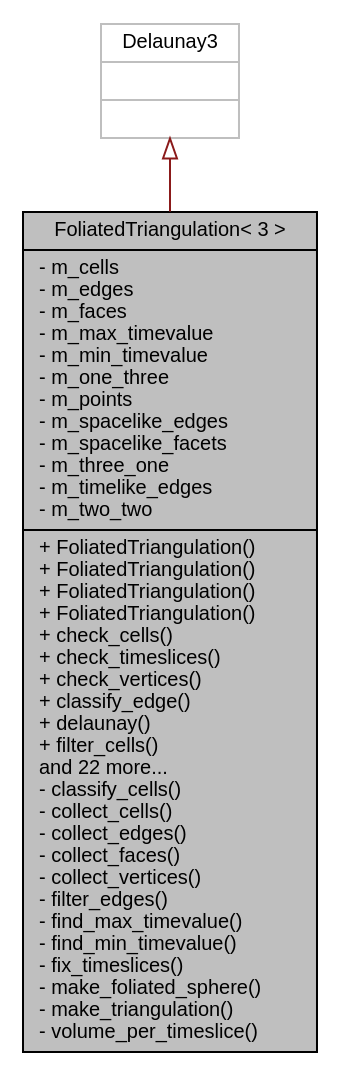
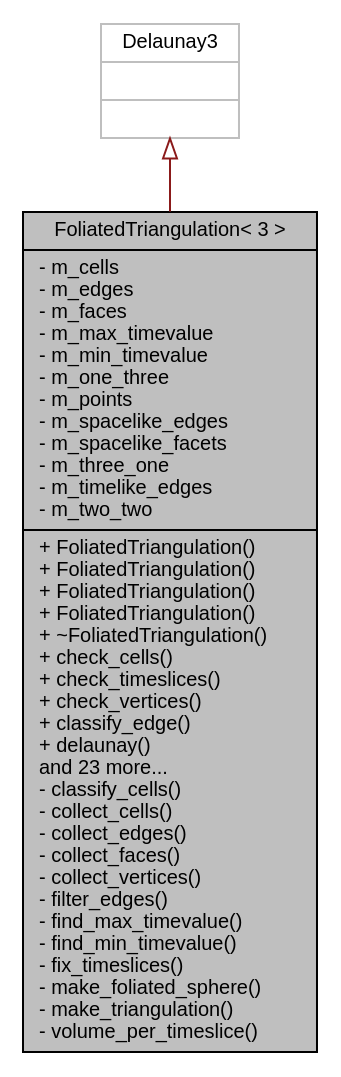
Before and after one commit to acgetchell/CDT-plusplus: the diagram in class_foliated_triangulation_3_013_01_4__inherit__graph.dot, drawn with Graphviz. The commit also changed 250 other files, not shown here.

```diff
--- a/class_foliated_triangulation_3_013_01_4__inherit__graph.dot
+++ b/class_foliated_triangulation_3_013_01_4__inherit__graph.dot
@@ -1,9 +1,9 @@
 digraph "FoliatedTriangulation&lt; 3 &gt;"
 {
  // LATEX_PDF_SIZE
   edge [fontname="Helvetica",fontsize="10",labelfontname="Helvetica",labelfontsize="10"];
   node [fontname="Helvetica",fontsize="10",shape=record];
-  Node1 [label="{FoliatedTriangulation\< 3 \>\n|- m_cells\l- m_edges\l- m_faces\l- m_max_timevalue\l- m_min_timevalue\l- m_one_three\l- m_points\l- m_spacelike_edges\l- m_spacelike_facets\l- m_three_one\l- m_timelike_edges\l- m_two_two\l|+ FoliatedTriangulation()\l+ FoliatedTriangulation()\l+ FoliatedTriangulation()\l+ FoliatedTriangulation()\l+ check_cells()\l+ check_timeslices()\l+ check_vertices()\l+ classify_edge()\l+ delaunay()\l+ filter_cells()\land 22 more...\l- classify_cells()\l- collect_cells()\l- collect_edges()\l- collect_faces()\l- collect_vertices()\l- filter_edges()\l- find_max_timevalue()\l- find_min_timevalue()\l- fix_timeslices()\l- make_foliated_sphere()\l- make_triangulation()\l- volume_per_timeslice()\l}",height=0.2,width=0.4,color="black", fillcolor="grey75", style="filled", fontcolor="black",tooltip="3D Triangulation"];
+  Node1 [label="{FoliatedTriangulation\< 3 \>\n|- m_cells\l- m_edges\l- m_faces\l- m_max_timevalue\l- m_min_timevalue\l- m_one_three\l- m_points\l- m_spacelike_edges\l- m_spacelike_facets\l- m_three_one\l- m_timelike_edges\l- m_two_two\l|+ FoliatedTriangulation()\l+ FoliatedTriangulation()\l+ FoliatedTriangulation()\l+ FoliatedTriangulation()\l+ ~FoliatedTriangulation()\l+ check_cells()\l+ check_timeslices()\l+ check_vertices()\l+ classify_edge()\l+ delaunay()\land 23 more...\l- classify_cells()\l- collect_cells()\l- collect_edges()\l- collect_faces()\l- collect_vertices()\l- filter_edges()\l- find_max_timevalue()\l- find_min_timevalue()\l- fix_timeslices()\l- make_foliated_sphere()\l- make_triangulation()\l- volume_per_timeslice()\l}",height=0.2,width=0.4,color="black", fillcolor="grey75", style="filled", fontcolor="black",tooltip="3D Triangulation"];
   Node2 -> Node1 [dir="back",color="firebrick4",fontsize="10",style="solid",arrowtail="onormal",fontname="Helvetica"];
   Node2 [label="{Delaunay3\n||}",height=0.2,width=0.4,color="grey75", fillcolor="white", style="filled",tooltip=" "];
 }
```
